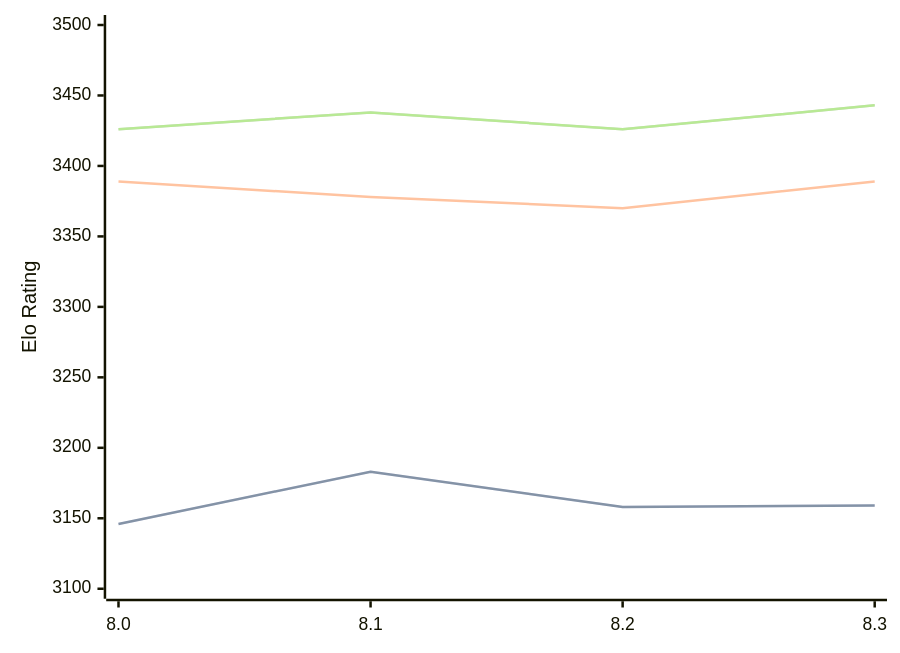
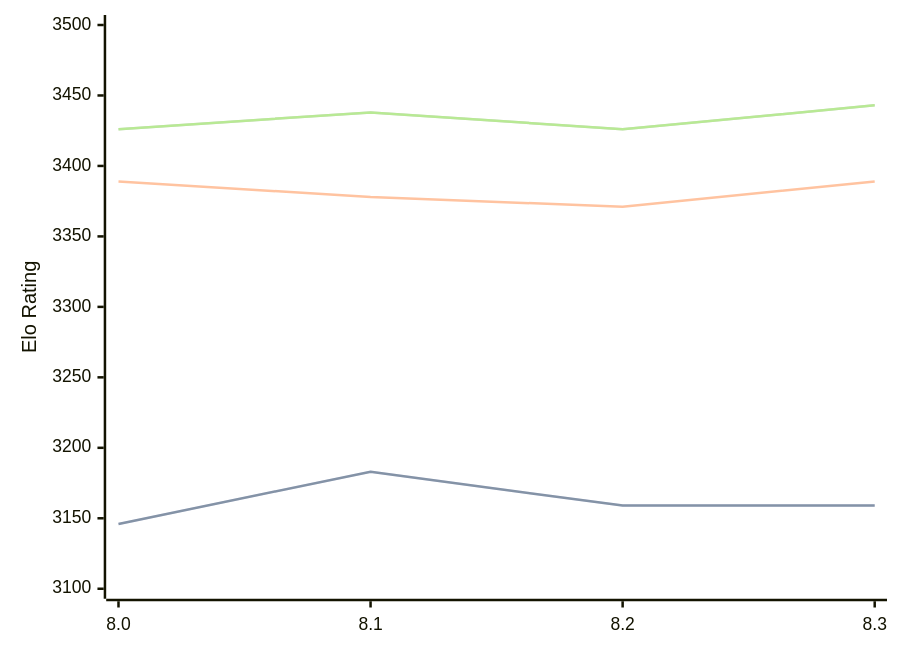
One commit to computer-chess-index/cci changed the diagram in engines/Alexander.md. Above: the diagram before and after it, drawn with Mermaid. The commit also changed other lines of this file, not shown here.

````diff
--- a/engines/Alexander.md
+++ b/engines/Alexander.md
@@ -34,11 +34,11 @@
 ```mermaid
 %%{init: {"theme":"base","themeVariables":{"seriesColors:['#a3a3a3','#222221','#faa371']}}}%%
 xychart-beta
   x-axis ["8.0", "8.1", "8.2", "8.3"]
   y-axis "Elo Rating" 3100 --> 3500
-  line "" [3146, 3183, 3158, 3159]
-  line "STC (8.0+0.08s)" [3146, 3183, 3158, 3159]
-  line "LTC (60.0+0.60s)" [3389, 3378, 3370, 3389]
+  line "" [3146, 3183, 3159, 3159]
+  line "STC (8.0+0.08s)" [3146, 3183, 3159, 3159]
+  line "LTC (60.0+0.60s)" [3389, 3378, 3371, 3389]
   line "" [3426, 3438, 3426, 3443]
   line "VLTC (2m24s+1.12s)" [3426, 3438, 3426, 3443]
 ```
````
